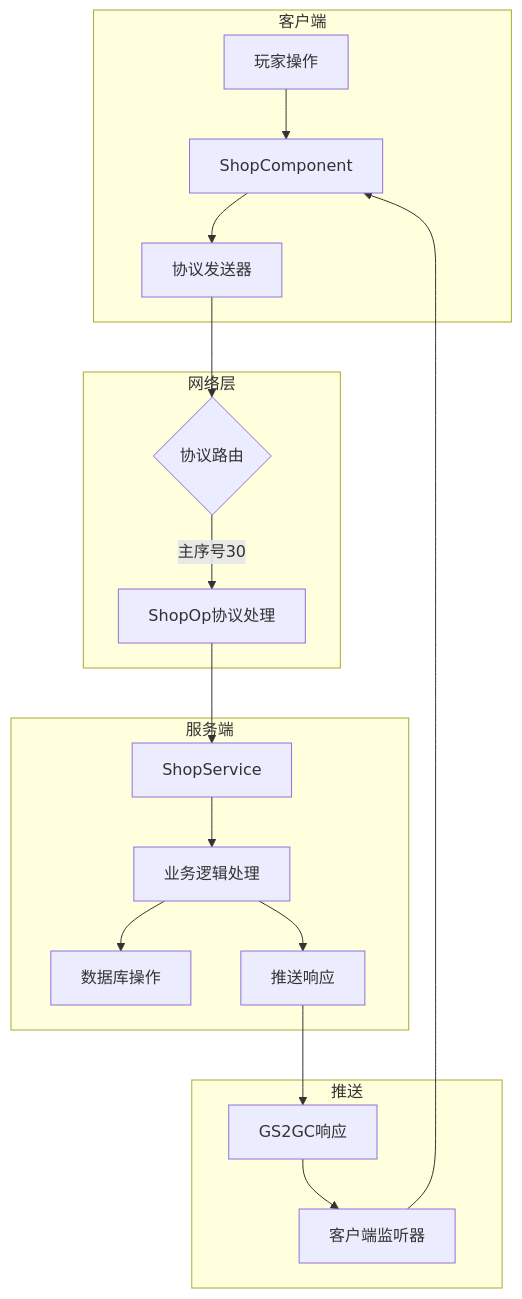
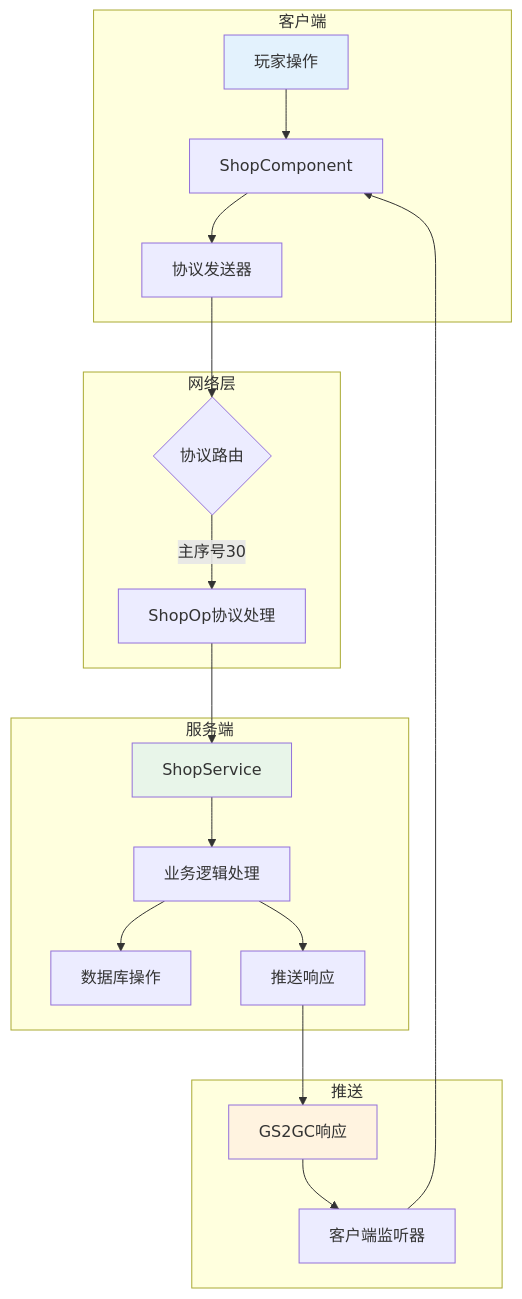
One commit to Alan-Ben/k2c_game_framework changed the first of 14 diagrams in docs/Module_Shop/02_协议文档.md. Above: the diagram before and after it, drawn with Mermaid. The commit also changed other lines of this file and 4 other files, not shown here.

````diff
--- a/docs/Module_Shop/02_协议文档.md
+++ b/docs/Module_Shop/02_协议文档.md
@@ -15,25 +15,29 @@
 ```mermaid
 graph TB
     subgraph 客户端
         A[玩家操作] --> B[ShopComponent]
         B --> C[协议发送器]
     end
 
     subgraph 网络层
         C --> D{协议路由}
         D -->|主序号30| E[ShopOp协议处理]
     end
 
     subgraph 服务端
         E --> F[ShopService]
         F --> G[业务逻辑处理]
         G --> H[数据库操作]
         G --> I[推送响应]
     end
 
     subgraph 推送
         I --> J[GS2GC响应]
         J --> K[客户端监听器]
         K --> B
     end
+
+    style A fill:#e3f2fd
+    style F fill:#e8f5e9
+    style J fill:#fff3e0
 ```
````
